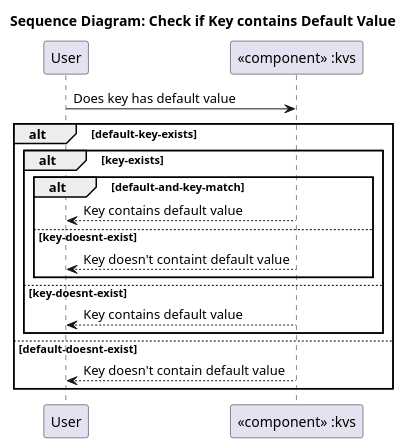
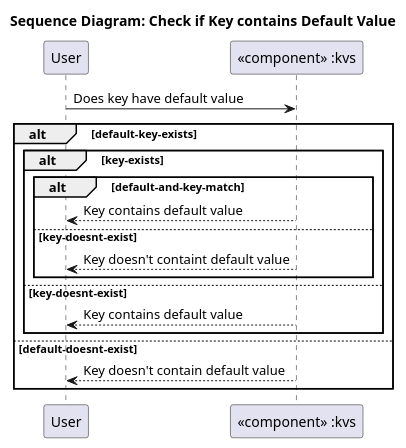
The diagram in docs/features/persistency/kvs/architecture/_assets/kvs_dyn_check_value_default.puml (umaucher/score), drawn with PlantUML before and after one commit. The commit also changed 6 other files, not shown here.

Commit message:
persistency_kvs: integrated review comments from feature architecture

```diff
--- a/docs/features/persistency/kvs/architecture/_assets/kvs_dyn_check_value_default.puml
+++ b/docs/features/persistency/kvs/architecture/_assets/kvs_dyn_check_value_default.puml
@@ -1,24 +1,24 @@
 @startuml
 
 title Sequence Diagram: Check if Key contains Default Value
 
 participant "User" as actor
 participant "«component» :kvs" as kvs
 
-actor -> kvs: Does key has default value
+actor -> kvs: Does key have default value
 
 alt default-key-exists
     alt key-exists
         alt default-and-key-match
             kvs --> actor: Key contains default value
         else key-doesnt-exist
             kvs --> actor: Key doesn't containt default value
         end
     else key-doesnt-exist
         kvs --> actor: Key contains default value
     end
 else default-doesnt-exist
     kvs --> actor: Key doesn't contain default value
 end
 
 @enduml
```
